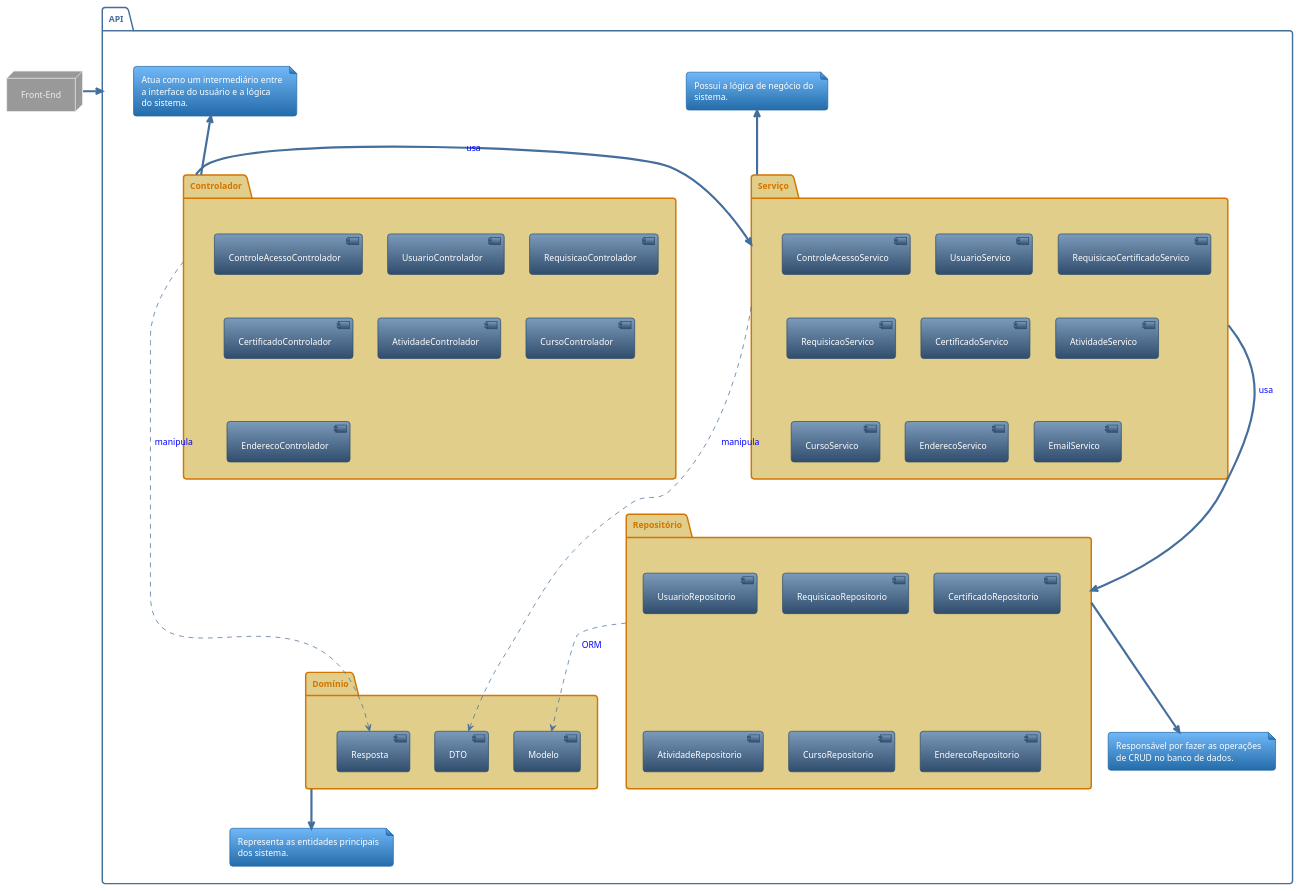
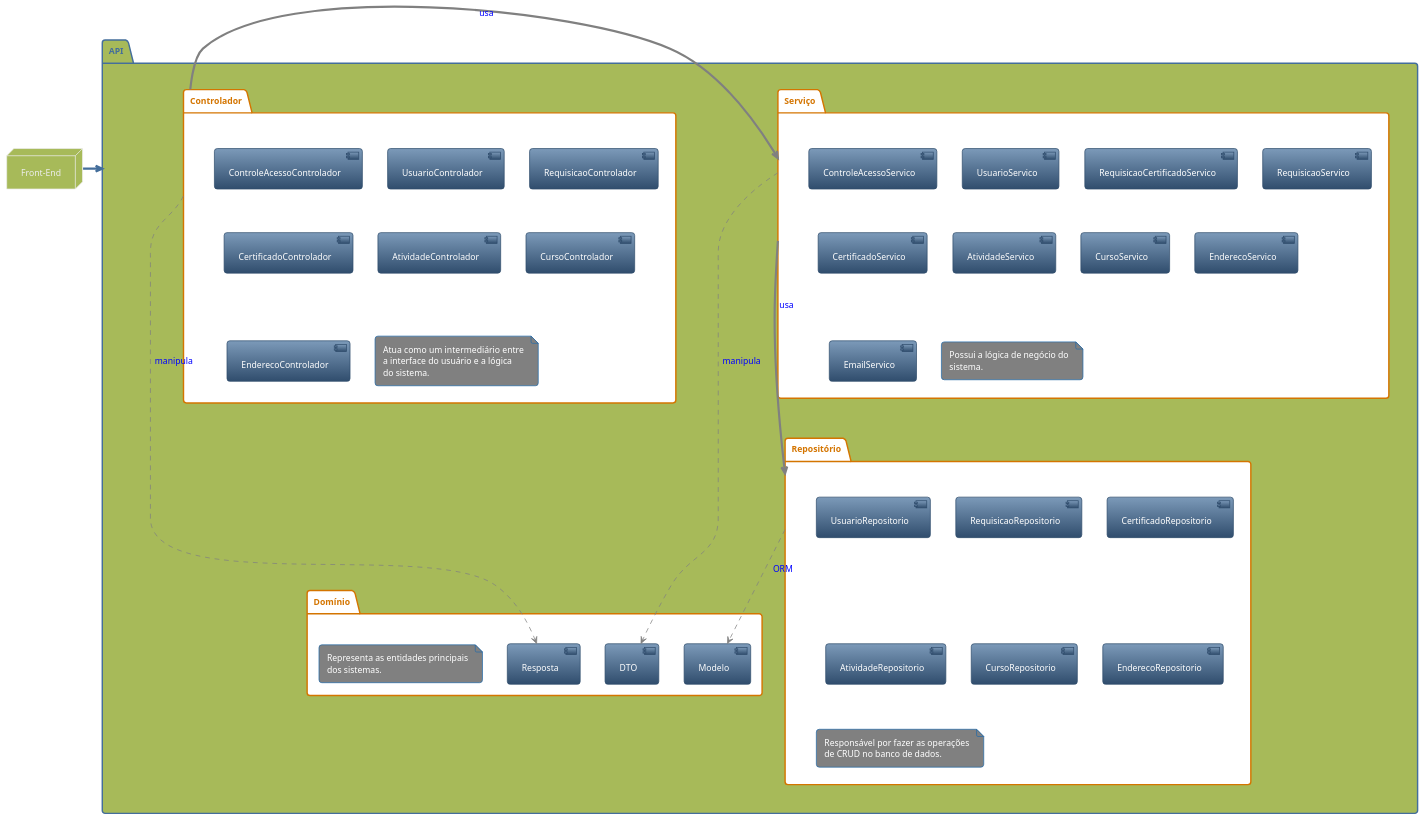
One commit to kvojps/sistema-acs changed the diagram in sistema-docs/src/2. Níveis/2.3 Componente - C3/diagrama-c3.puml. Above: the diagram before and after it, drawn with PlantUML. The commit also changed 2 other files, not shown here.

Commit message:
padronizando cores dos diagramas c1 ao c3

```diff
--- a/sistema-docs/src/2. Níveis/2.3 Componente - C3/diagrama-c3.puml
+++ b/sistema-docs/src/2. Níveis/2.3 Componente - C3/diagrama-c3.puml
@@ -1,82 +1,74 @@
 @startuml Diagrama C3 - Componentes
 !theme spacelab
 
-node "Front-End" as front {
+node "Front-End" as front #a7ba59 {
 
 }
 
-package "API" as api #White {
+package "API" as api #a7ba59 {
     
-    folder "Serviço" as servico #e1ce8a {
+    folder "Domínio" as dominio #White {
+        [Modelo] as modelo
+        [DTO] as dto
+        [Resposta] as resposta
+        note as dominio_note #Gray
+            Representa as entidades principais
+            dos sistemas.
+        end note
+    }
+
+    folder "Serviço" as servico #White {
         [ControleAcessoServico]
         [UsuarioServico]
         [RequisicaoCertificadoServico]
         [RequisicaoServico]
         [CertificadoServico]
         [AtividadeServico]
         [CursoServico]
         [EnderecoServico]
         [EmailServico]
+        note as servico_note #Gray
+            Possui a lógica de negócio do
+            sistema.
+        end note
     }
     
-    folder "Controlador" as controlador #e1ce8a {
+    folder "Controlador" as controlador #White {
         [ControleAcessoControlador]
         [UsuarioControlador]
         [RequisicaoControlador]
         [CertificadoControlador]
         [AtividadeControlador]
         [CursoControlador]
         [EnderecoControlador]
+
+        note as controlador_note #Gray
+            Atua como um intermediário entre
+            a interface do usuário e a lógica
+            do sistema.
+        end note
     }
 
-    folder "Repositório" as repositorio #e1ce8a {
+    folder "Repositório" as repositorio #White {
         [UsuarioRepositorio]
         [RequisicaoRepositorio]
         [CertificadoRepositorio]
         [AtividadeRepositorio]
         [CursoRepositorio]
         [EnderecoRepositorio]
-    }
-
-    folder "Domínio" as dominio #e1ce8a {
-        [Modelo] as modelo
-        [DTO] as dto
-        [Resposta] as resposta
+        note as repositorio_note #Gray
+            Responsável por fazer as operações
+            de CRUD no banco de dados.
+        end note
     }
 
     front -right--> api
 
-    controlador -right-> servico #text:blue : usa
-    servico -down--> repositorio #text:blue : usa
+    controlador -right-> servico #line:gray;text:blue : usa
+    servico -down--> repositorio #line:gray;text:blue : usa
 
-    controlador --> resposta #line.dashed;text:blue : manipula
-    servico --> dto #line.dashed;text:blue : manipula
-    repositorio --> modelo #line.dashed;text:blue : ORM
-
-    note as controlador_note
-        Atua como um intermediário entre
-        a interface do usuário e a lógica
-        do sistema.
-    end note
-
-    note as servico_note
-        Possui a lógica de negócio do
-        sistema.
-    end note
-        
-    note as repositorio_note
-        Responsável por fazer as operações
-        de CRUD no banco de dados.
-    end note
-
-    note as dominio_note
-        Representa as entidades principais
-        dos sistema.
-    end note
-
-    controlador -up-> controlador_note
-    servico -up-> servico_note
-    repositorio -down-> repositorio_note
-    dominio -down-> dominio_note
+    controlador --> resposta #line:gray;line.dashed;text:blue : manipula
+    servico --> dto #line:gray;line.dashed;text:blue : manipula
+    repositorio --> modelo #line:gray;line.dashed;text:blue : ORM
 }
 @enduml
```
